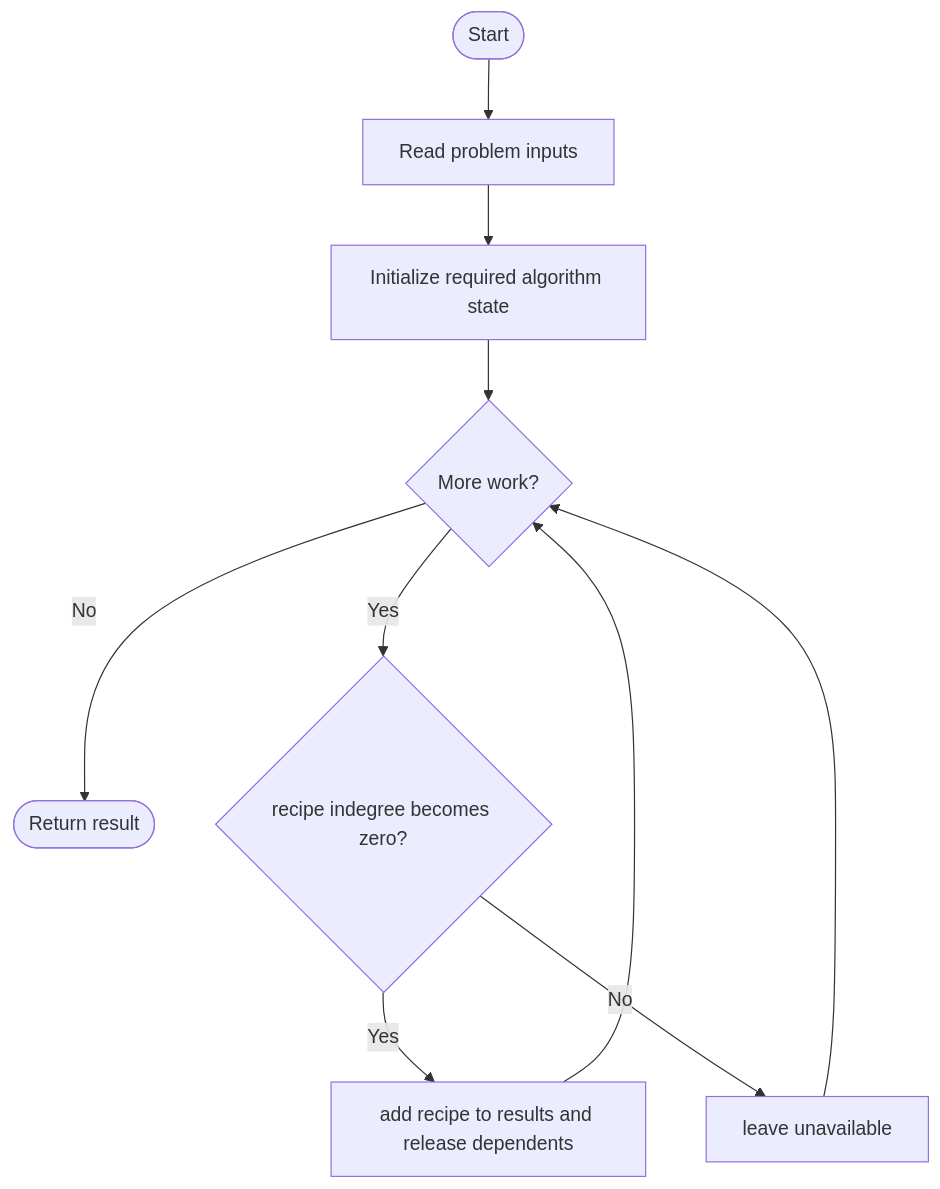
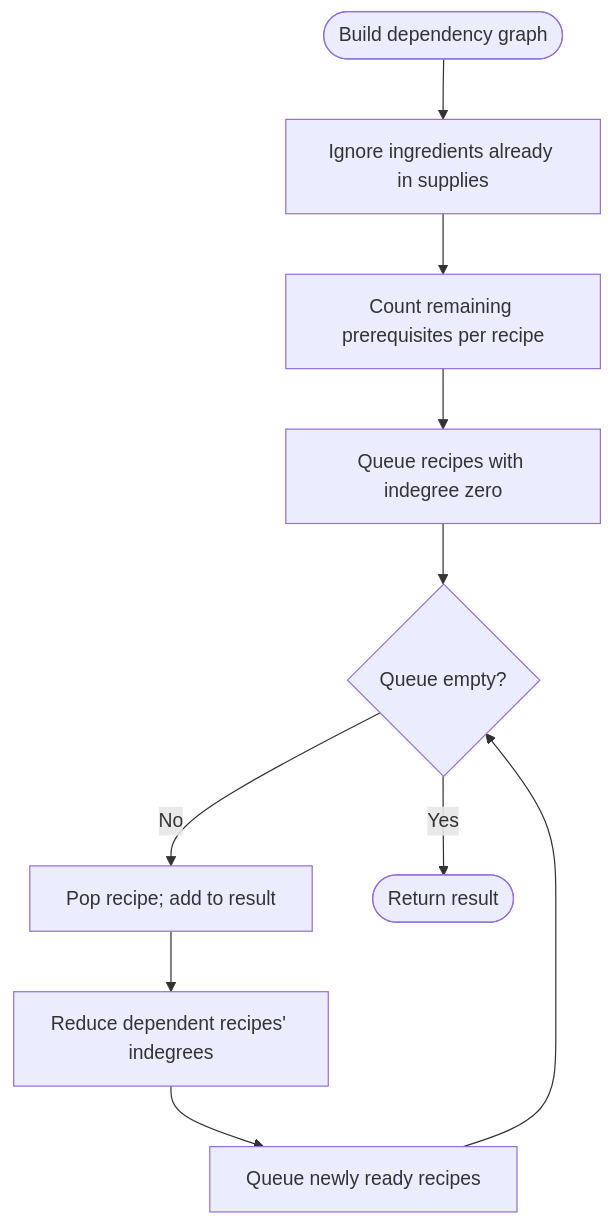
One commit to SAIDEEPBHANGE/C-CPP-Codes changed the diagram in LeetCode/2115/README.md. Above: the diagram before and after it, drawn with Mermaid. The commit also changed other lines of this file and 196 other files, not shown here.

````diff
--- a/LeetCode/2115/README.md
+++ b/LeetCode/2115/README.md
@@ -13,12 +32,12 @@
 ```mermaid
 flowchart TD
-    A([Start]) --> B[Read problem inputs]
-    B --> C[Initialize required algorithm state]
-    C --> D{More work?}
-    D -- No --> Z([Return result])
-    D -- Yes --> E{recipe indegree becomes zero?}
-    E -- Yes --> F[add recipe to results and release dependents]
-    E -- No --> G[leave unavailable]
-    F --> D
-    G --> D
+    A([Build dependency graph]) --> B[Ignore ingredients already in supplies]
+    B --> C[Count remaining prerequisites per recipe]
+    C --> D[Queue recipes with indegree zero]
+    D --> E{Queue empty?}
+    E -- No --> F[Pop recipe; add to result]
+    F --> G[Reduce dependent recipes' indegrees]
+    G --> H[Queue newly ready recipes]
+    H --> E
+    E -- Yes --> Z([Return result])
 ```
````
